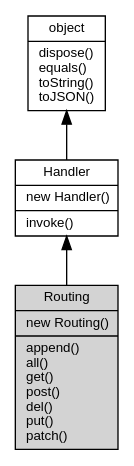
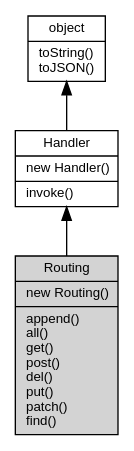
One commit to asionius/fibjs-ceph changed the diagram in docs/object/ifs/Routing.md. Above: the diagram before and after it, drawn with Graphviz. The commit also changed other lines of this file and 138 other files, not shown here.

````diff
--- a/docs/object/ifs/Routing.md
+++ b/docs/object/ifs/Routing.md
@@ -96,12 +96,12 @@
 ```dot
 digraph {
     node [fontname="Helvetica,sans-Serif", fontsize=10, shape="record", style="filled", fillcolor="white"];
 
-    object [tooltip="object", URL="object.md", label="{object|dispose()\lequals()\ltoString()\ltoJSON()\l}"];
+    object [tooltip="object", URL="object.md", label="{object|toString()\ltoJSON()\l}"];
     Handler [tooltip="Handler", URL="Handler.md", label="{Handler|new Handler()\l|invoke()\l}"];
-    Routing [tooltip="Routing", fillcolor="lightgray", label="{Routing|new Routing()\l|append()\lall()\lget()\lpost()\ldel()\lput()\lpatch()\l}"];
+    Routing [tooltip="Routing", fillcolor="lightgray", id="me", label="{Routing|new Routing()\l|append()\lall()\lget()\lpost()\ldel()\lput()\lpatch()\lfind()\l}"];
 
     object -> Handler [dir=back];
     Handler -> Routing [dir=back];
 }
 ```
````
